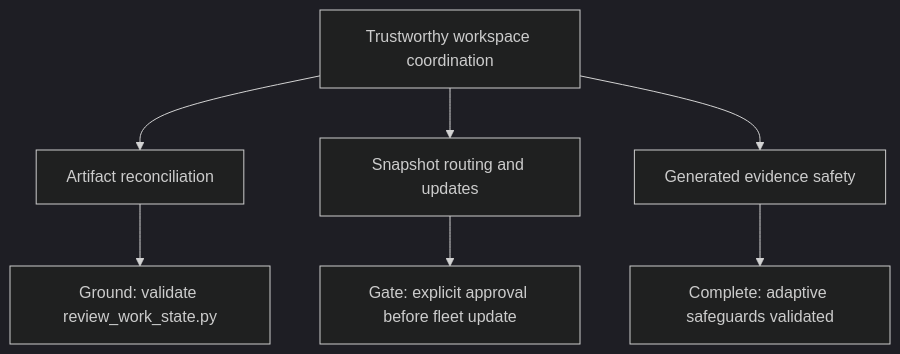
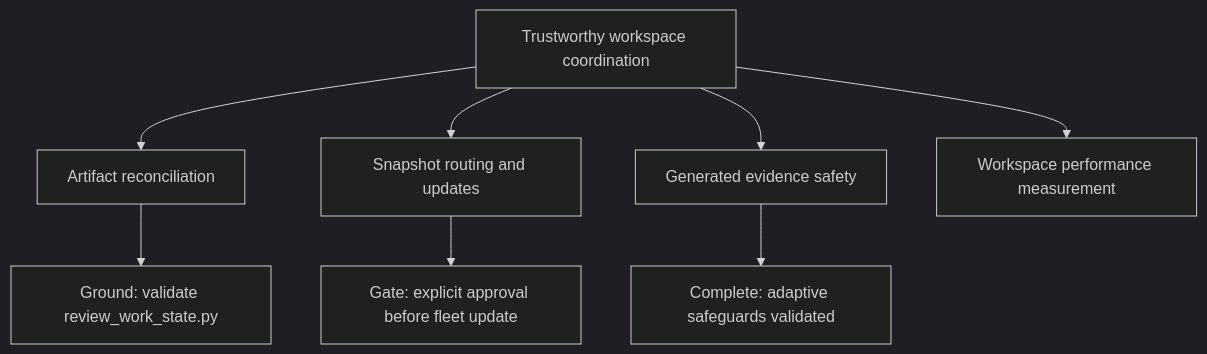
Before and after one commit to PC-Redemption/tool_shed: the diagram in work/maps/map-tool-shed-evolution.md, drawn with Mermaid (dark theme). The commit also changed other lines of this file and 14 other files, not shown here.

Commit message:
Add workspace performance profiling

````diff
--- a/work/maps/map-tool-shed-evolution.md
+++ b/work/maps/map-tool-shed-evolution.md
@@ -15,9 +15,10 @@
 ```mermaid
 flowchart TD
   A[Trustworthy workspace coordination] --> B[Artifact reconciliation]
   A --> C[Snapshot routing and updates]
   A --> F[Generated evidence safety]
+  A --> H[Workspace performance measurement]
   B --> D[Ground: validate review_work_state.py]
   C --> E[Gate: explicit approval before fleet update]
   F --> G[Complete: adaptive safeguards validated]
 ```
````
